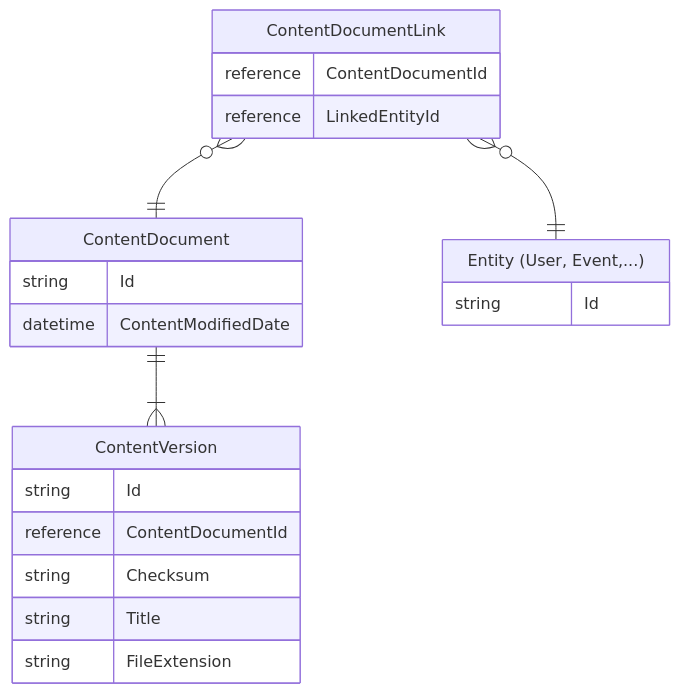
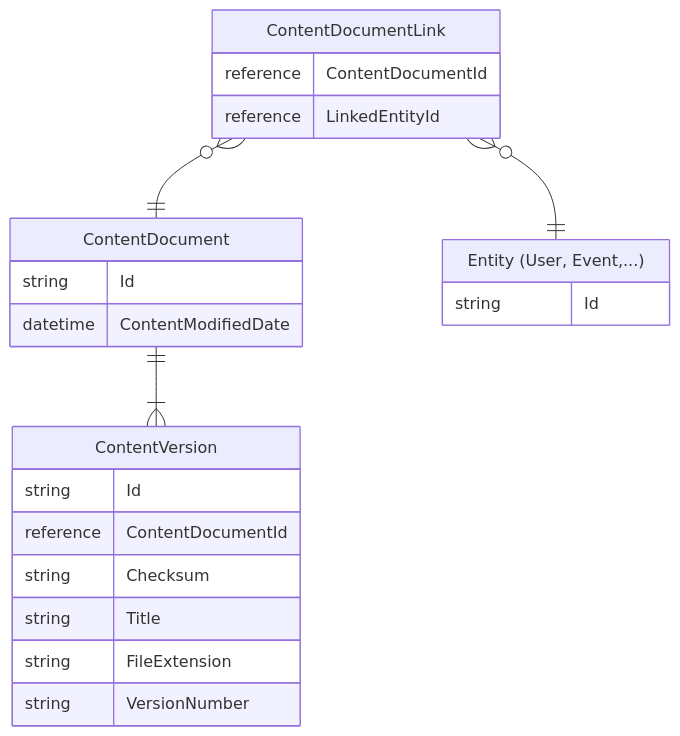
The diagram in README.md (piotrekkr/salesforce-archivist), drawn with Mermaid before and after one commit. The commit also changed other lines of this file, not shown here.

Commit message:
Add missing field in mermaid chart

````diff
--- a/README.md
+++ b/README.md
@@ -117,25 +117,26 @@
 ```mermaid
 erDiagram
     ContentDocumentLink {
         reference ContentDocumentId
         reference LinkedEntityId
     }
     ContentDocument {
         string Id
         datetime ContentModifiedDate
     }
     "Entity (User, Event,...)" {
         string Id
 
     }
     ContentVersion {
         string Id
         reference ContentDocumentId
         string Checksum
         string Title
         string FileExtension
+        string VersionNumber
     }
     ContentDocument ||--|{ ContentVersion : ""
     ContentDocumentLink }o--|| ContentDocument : ""
     ContentDocumentLink }o--|| "Entity (User, Event,...)" : ""
 ```
````
